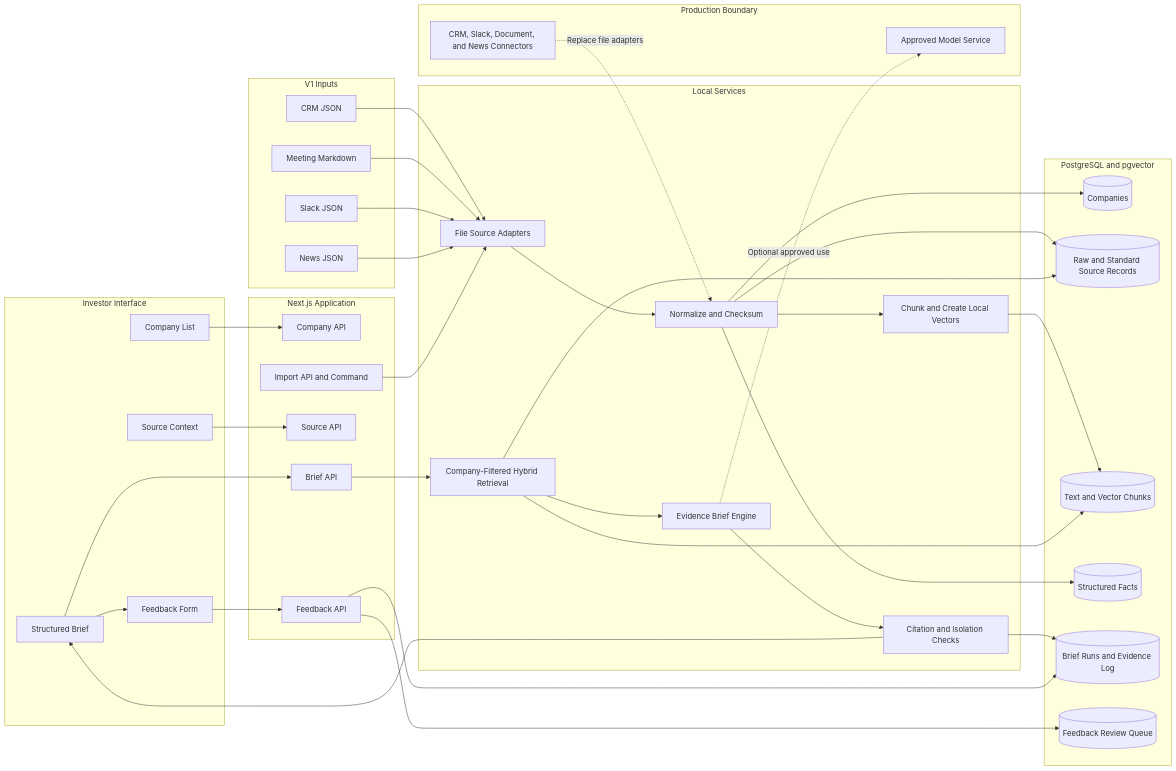
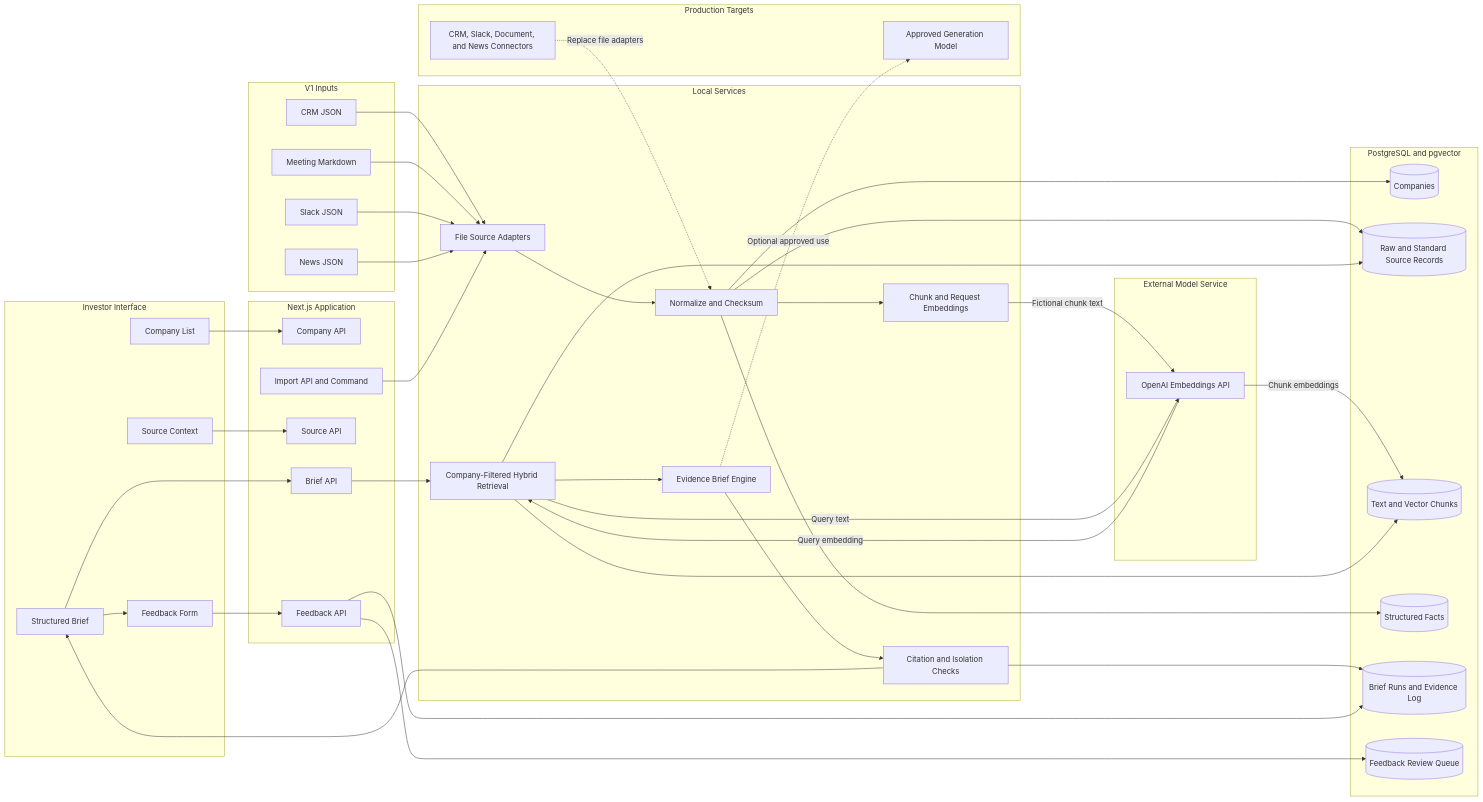
Before and after one commit to osuthorpe/LENS-POC: the diagram in docs/architecture.md, drawn with Mermaid. The commit also changed other lines of this file and 16 other files, not shown here.

Commit message:
Use OpenAI embeddings for retrieval

````diff
--- a/docs/architecture.md
+++ b/docs/architecture.md
@@ -7,75 +7,82 @@
 ```mermaid
 flowchart LR
     subgraph client ["Investor Interface"]
         companyList["Company List"]
         briefView["Structured Brief"]
         sourceView["Source Context"]
         feedbackForm["Feedback Form"]
     end
 
     subgraph api ["Next.js Application"]
         companyApi["Company API"]
         briefApi["Brief API"]
         sourceApi["Source API"]
         feedbackApi["Feedback API"]
         importApi["Import API and Command"]
     end
 
     subgraph core ["Local Services"]
         adapters["File Source Adapters"]
         normalize["Normalize and Checksum"]
-        chunk["Chunk and Create Local Vectors"]
+        chunk["Chunk and Request Embeddings"]
         retrieve["Company-Filtered Hybrid Retrieval"]
         generate["Evidence Brief Engine"]
         validate["Citation and Isolation Checks"]
     end
 
     subgraph postgres ["PostgreSQL and pgvector"]
         companies[("Companies")]
         sources[("Raw and Standard Source Records")]
         chunks[("Text and Vector Chunks")]
         facts[("Structured Facts")]
         audit[("Brief Runs and Evidence Log")]
         feedback[("Feedback Review Queue")]
     end
 
     subgraph inputs ["V1 Inputs"]
         crm["CRM JSON"]
         meetings["Meeting Markdown"]
         slack["Slack JSON"]
         news["News JSON"]
     end
 
-    subgraph future ["Production Boundary"]
+    subgraph external ["External Model Service"]
+        embeddings["OpenAI Embeddings API"]
+    end
+
+    subgraph future ["Production Targets"]
         connectors["CRM, Slack, Document, and News Connectors"]
-        model["Approved Model Service"]
+        model["Approved Generation Model"]
     end
 
     companyList --> companyApi
     briefView --> briefApi
     sourceView --> sourceApi
     feedbackForm --> feedbackApi
     crm --> adapters
     meetings --> adapters
     slack --> adapters
     news --> adapters
     importApi --> adapters
     adapters --> normalize
     normalize --> sources
     normalize --> companies
     normalize --> facts
     normalize --> chunk
-    chunk --> chunks
+    chunk -- "Fictional chunk text" --> embeddings
+    embeddings -- "Chunk embeddings" --> chunks
     briefApi --> retrieve
+    retrieve -- "Query text" --> embeddings
+    embeddings -- "Query embedding" --> retrieve
     retrieve --> sources
     retrieve --> chunks
     retrieve --> generate
     generate --> validate
     validate --> briefView
     validate --> audit
     briefView --> feedbackForm
     feedbackApi --> audit
     feedbackApi --> feedback
     connectors -. "Replace file adapters" .-> normalize
     generate -. "Optional approved use" .-> model
 ```
````
